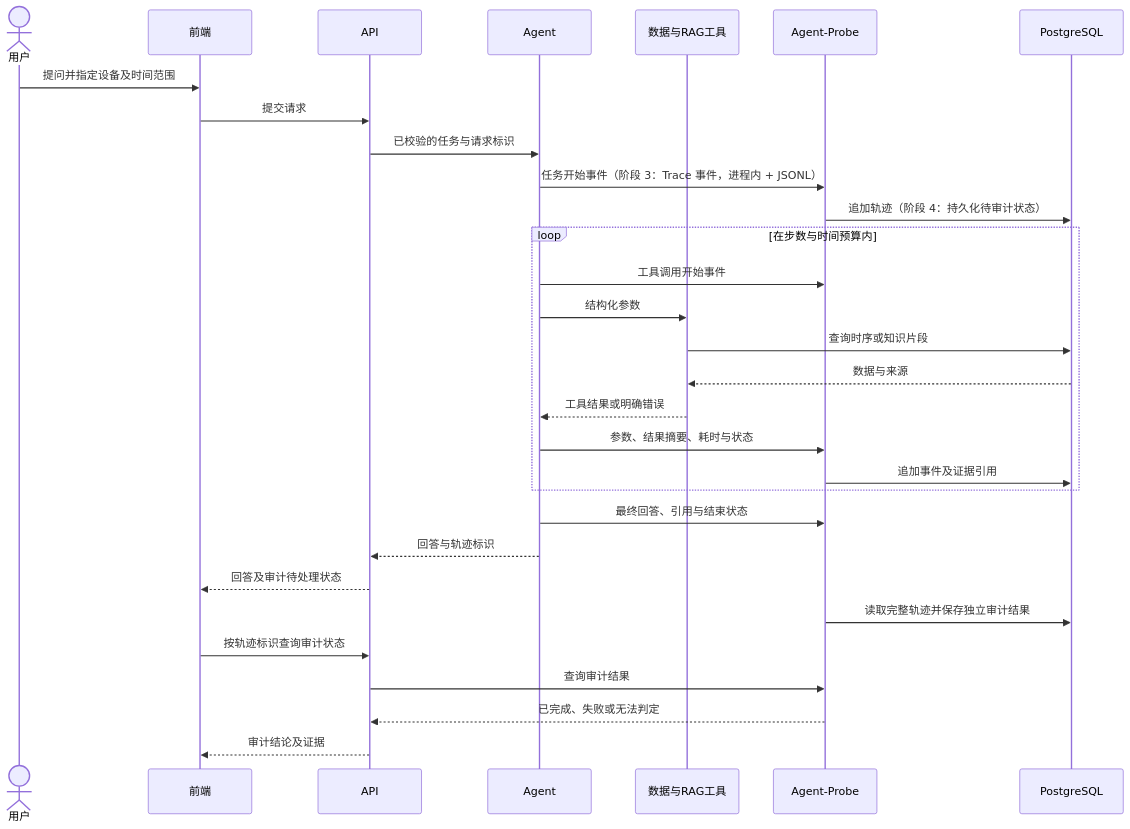
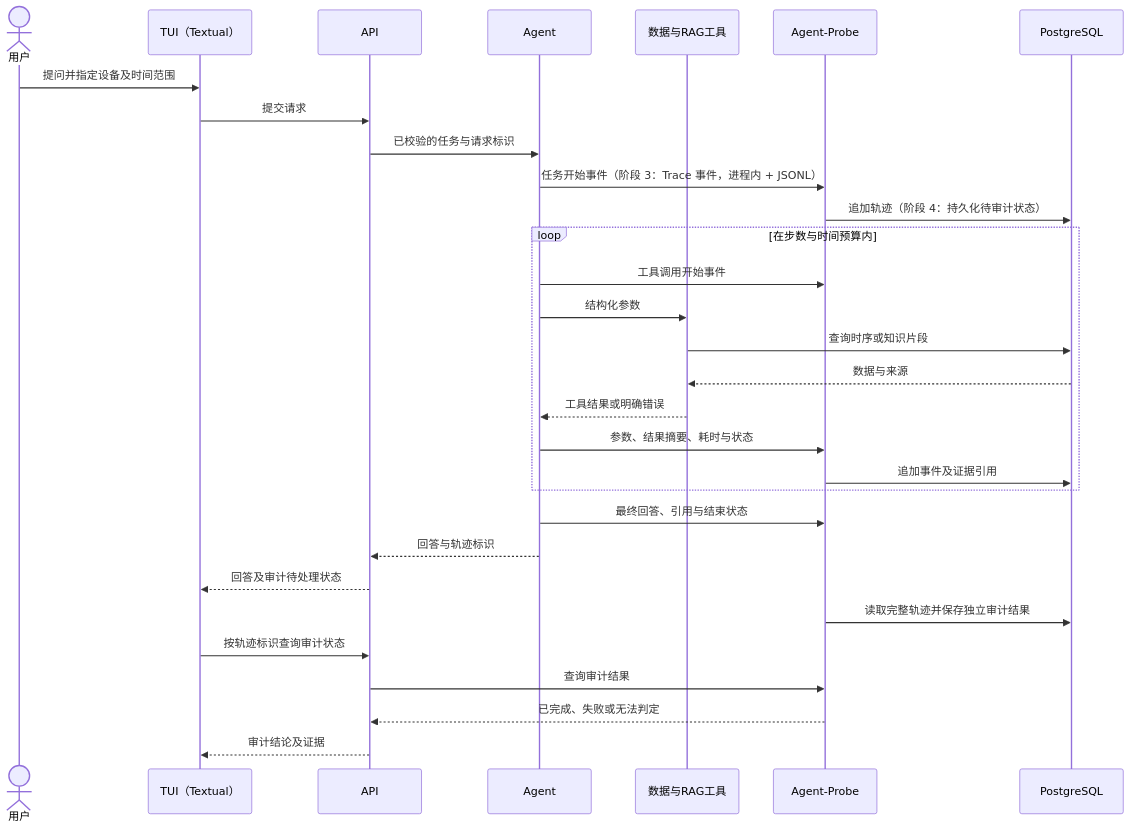
Before and after one commit to lucien-lab/industrial-agent-audit: the second of 2 diagrams in docs/architecture.md, drawn with Mermaid. The commit also changed other lines of this file and 44 other files, not shown here.

Commit message:
feat: Phase 5 TUI 客户端 + 部署/演示文档（8 页面终端界面、测试与截图）

````diff
--- a/docs/architecture.md
+++ b/docs/architecture.md
@@ -190,32 +218,32 @@
 ```mermaid
 sequenceDiagram
     actor U as 用户
-    participant F as 前端
+    participant F as TUI（Textual）
     participant A as API
     participant G as Agent
     participant T as 数据与RAG工具
     participant P as Agent-Probe
     participant D as PostgreSQL
     U->>F: 提问并指定设备及时间范围
     F->>A: 提交请求
     A->>G: 已校验的任务与请求标识
     G->>P: 任务开始事件（阶段 3：Trace 事件，进程内 + JSONL）
     P->>D: 追加轨迹（阶段 4：持久化待审计状态）
     loop 在步数与时间预算内
         G->>P: 工具调用开始事件
         G->>T: 结构化参数
         T->>D: 查询时序或知识片段
         D-->>T: 数据与来源
         T-->>G: 工具结果或明确错误
         G->>P: 参数、结果摘要、耗时与状态
         P->>D: 追加事件及证据引用
     end
     G->>P: 最终回答、引用与结束状态
     G-->>A: 回答与轨迹标识
     A-->>F: 回答及审计待处理状态
     P->>D: 读取完整轨迹并保存独立审计结果
     F->>A: 按轨迹标识查询审计状态
     A->>P: 查询审计结果
     P-->>A: 已完成、失败或无法判定
     A-->>F: 审计结论及证据
 ```
````
